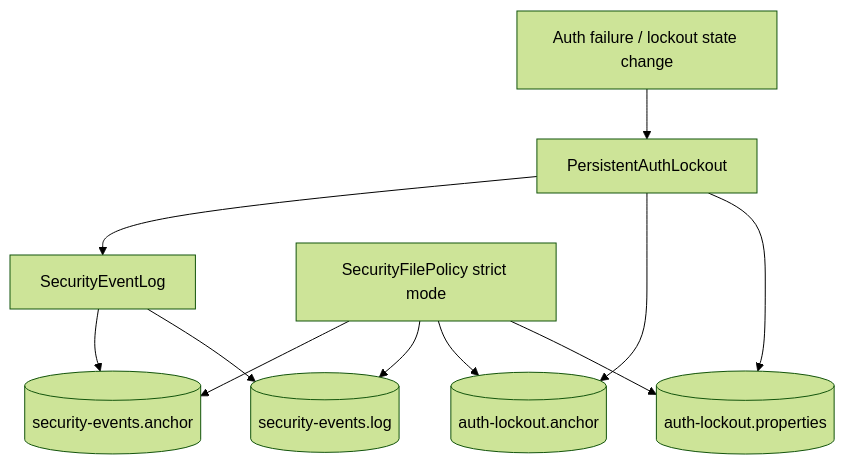
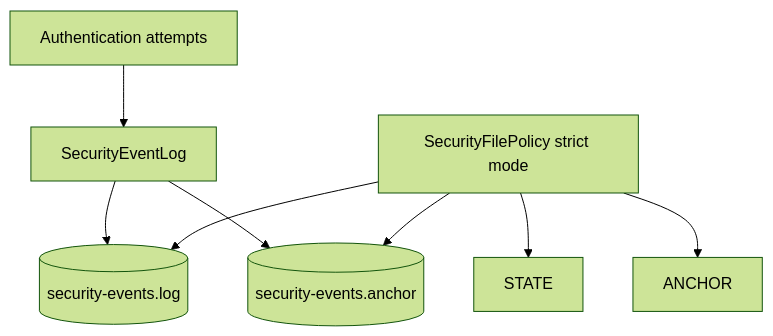
The second of 3 diagrams in ARCHITECTURE.md (johandersson/.LOG-hog), drawn with Mermaid (forest theme) before and after one commit. The commit also changed other lines of this file and 5 other files, not shown here.

Commit message:
Remove authentication lockout runtime flow

````diff
--- a/ARCHITECTURE.md
+++ b/ARCHITECTURE.md
@@ -40,13 +39,10 @@
 ```mermaid
 flowchart TD
-    AUTH[Auth failure / lockout state change] --> LOCK[PersistentAuthLockout]
-    LOCK --> STATE[(auth-lockout.properties)]
-    LOCK --> ANCHOR[(auth-lockout.anchor)]
-    LOCK --> EVT[SecurityEventLog]
+    AUTH[Authentication attempts] --> EVT[SecurityEventLog]
     EVT --> ELOG[(security-events.log)]
     EVT --> EANCH[(security-events.anchor)]
     POLICY[SecurityFilePolicy strict mode] --> STATE
     POLICY --> ANCHOR
     POLICY --> ELOG
     POLICY --> EANCH
 ```
````
